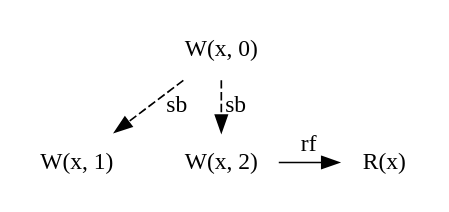
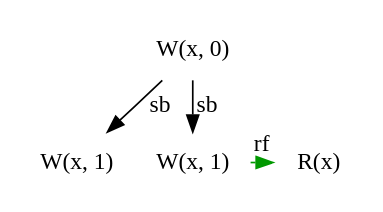
One commit to vlstill/presentations changed the diagram in pds_2018s_b/exg00.dot. Above: the diagram before and after it, drawn with Graphviz. The commit also changed 4 other files, not shown here.

```diff
--- a/pds_2018s_b/exg00.dot
+++ b/pds_2018s_b/exg00.dot
@@ -1,13 +1,13 @@
 digraph exg00 {
     node [ shape = none ]
-    graph [ ranksep = "0" ]
+    graph [ ranksep = 0, nodesep = 0 ]
 
-    w0 [label = "W(x, 0)", rank = 0]
-    w1 [label = "W(x, 1)", rank = 1]
-    w2 [label = "W(x, 2)", rank = 1]
-    w0 -> {w1,w2} [label = "sb", style = dashed]
-    r1 [label = "R(x)", rank = 1]
+    w0 [label = "W(x, 0)"]
+    w1 [label = "W(x, 1)"]
+    w2 [label = "W(x, 1)"]
+    w0 -> {w1,w2} [label = "sb"]
+    r1 [label = "R(x)"]
     w0 -> r1 [style = "invis" ]
-    w2 -> r1 [label = "rf", constraint=false]
+    w2 -> r1 [label = "rf", constraint = false, style = dashed, color = "#009900"]
 }
 // vim: nospell
```
